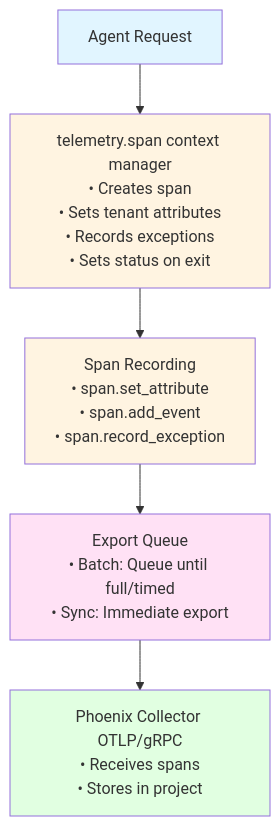
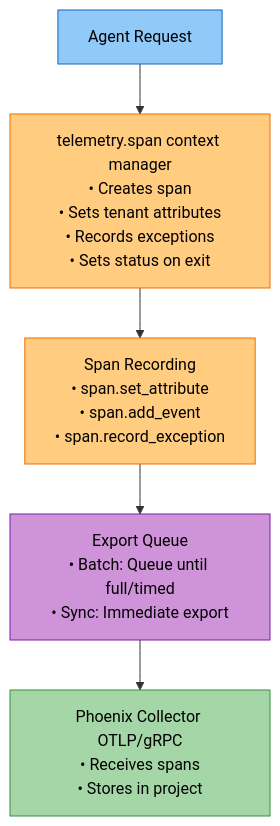
One commit to amit-jain/cogniverse changed the third of 3 diagrams in docs/development/instrumentation.md. Above: the diagram before and after it, drawn with Mermaid. The commit also changed other lines of this file and 83 other files, not shown here.

First line of the commit message:
Fix documentation veracity, formatting, and diagrams across all modules

````diff
--- a/docs/development/instrumentation.md
+++ b/docs/development/instrumentation.md
@@ -98,23 +100,23 @@
 ```mermaid
-graph TB
-    Request[Agent Request]
+flowchart TB
+    Request["<span style='color:#000'>Agent Request</span>"]
 
-    Context[telemetry.span context manager<br/>• Creates span<br/>• Sets tenant attributes<br/>• Records exceptions<br/>• Sets status on exit]
+    Context["<span style='color:#000'>telemetry.span context manager<br/>• Creates span<br/>• Sets tenant attributes<br/>• Records exceptions<br/>• Sets status on exit</span>"]
 
-    Recording[Span Recording<br/>• span.set_attribute<br/>• span.add_event<br/>• span.record_exception]
+    Recording["<span style='color:#000'>Span Recording<br/>• span.set_attribute<br/>• span.add_event<br/>• span.record_exception</span>"]
 
-    Queue[Export Queue<br/>• Batch: Queue until full/timed<br/>• Sync: Immediate export]
+    Queue["<span style='color:#000'>Export Queue<br/>• Batch: Queue until full/timed<br/>• Sync: Immediate export</span>"]
 
-    Collector[Phoenix Collector OTLP/gRPC<br/>• Receives spans<br/>• Stores in project]
+    Collector["<span style='color:#000'>Phoenix Collector OTLP/gRPC<br/>• Receives spans<br/>• Stores in project</span>"]
 
     Request --> Context
     Context --> Recording
     Recording --> Queue
     Queue --> Collector
 
-    style Request fill:#e1f5ff
-    style Context fill:#fff4e1
-    style Recording fill:#fff4e1
-    style Queue fill:#ffe1f5
-    style Collector fill:#e1ffe1
+    style Request fill:#90caf9,stroke:#1565c0,color:#000
+    style Context fill:#ffcc80,stroke:#ef6c00,color:#000
+    style Recording fill:#ffcc80,stroke:#ef6c00,color:#000
+    style Queue fill:#ce93d8,stroke:#7b1fa2,color:#000
+    style Collector fill:#a5d6a7,stroke:#388e3c,color:#000
 ```
````
